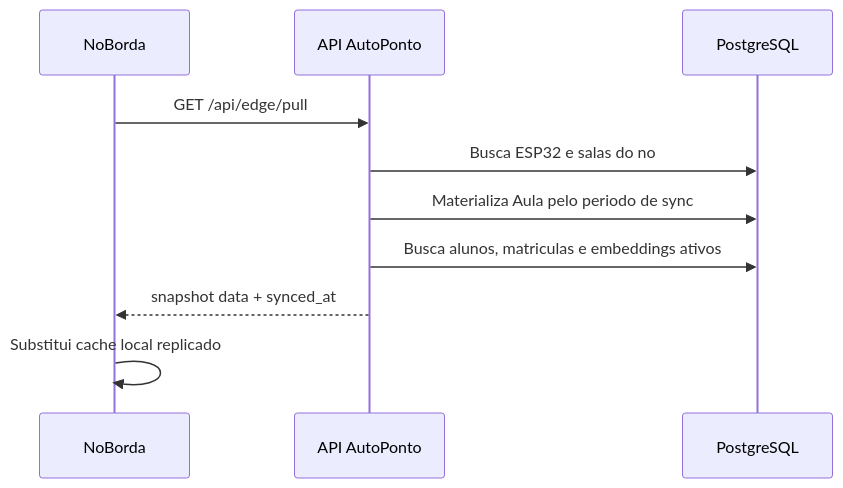
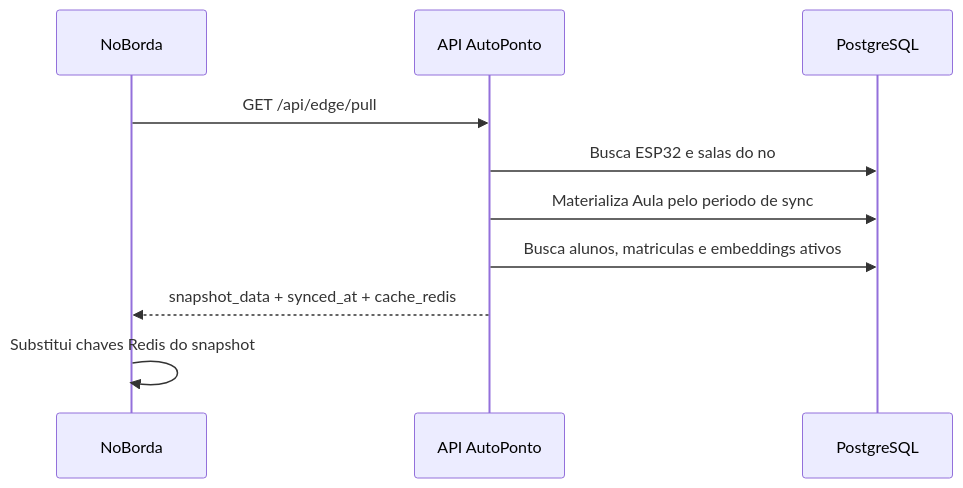
The fourth of 10 diagrams in autoponto-backend/docs/diagramas-tcc.md (DanielKGM/autoponto), drawn with Mermaid before and after one commit. The commit also changed other lines of this file and 7 other files, not shown here.

Commit message:
refactor: Remove edge serializers and update synchronization logic to use Redis cache for authoritative snapshots

````diff
--- a/autoponto-backend/docs/diagramas-tcc.md
+++ b/autoponto-backend/docs/diagramas-tcc.md
@@ -87,13 +87,13 @@
 ```mermaid
 sequenceDiagram
     participant Edge as NoBorda
     participant API as API AutoPonto
     participant DB as PostgreSQL
 
     Edge->>API: GET /api/edge/pull
     API->>DB: Busca ESP32 e salas do no
     API->>DB: Materializa Aula pelo periodo de sync
     API->>DB: Busca alunos, matriculas e embeddings ativos
-    API-->>Edge: snapshot data + synced_at
-    Edge->>Edge: Substitui cache local replicado
+    API-->>Edge: snapshot_data + synced_at + cache_redis
+    Edge->>Edge: Substitui chaves Redis do snapshot
 ```
````
